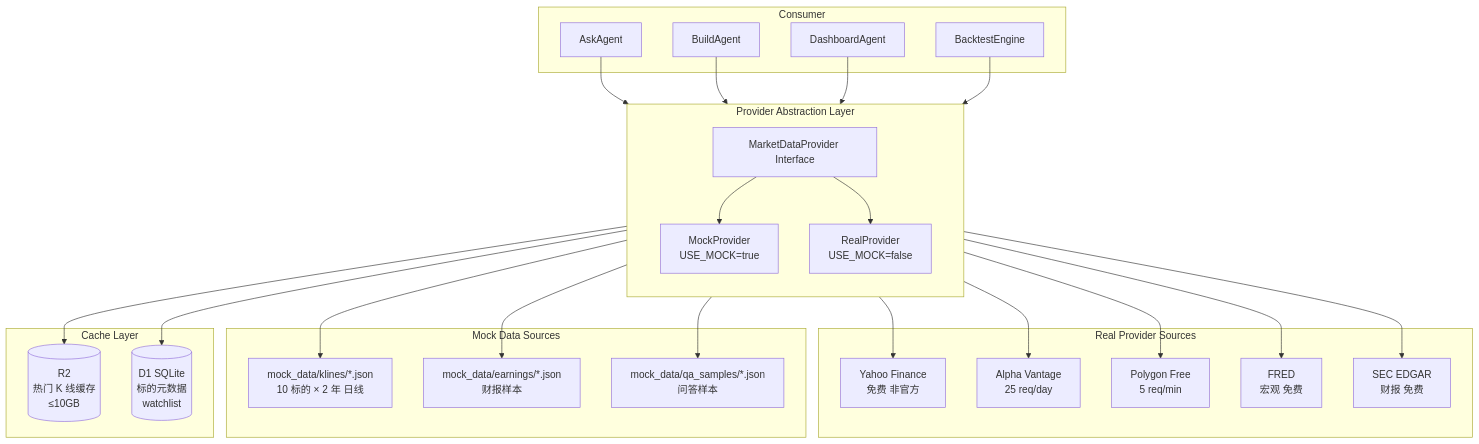
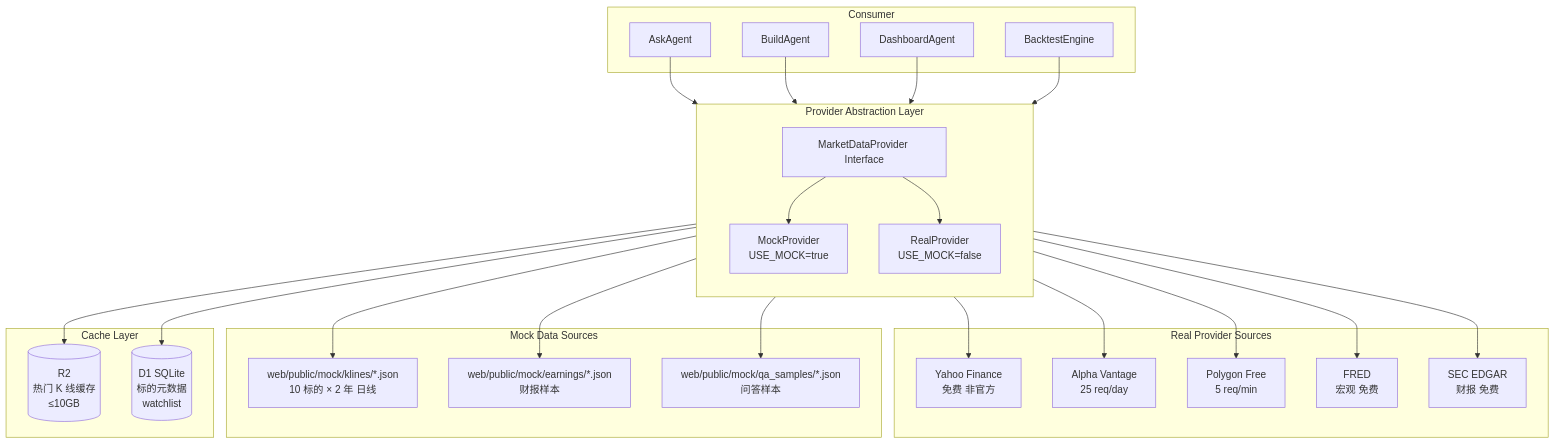
Before and after one commit to ZedeX/nova-invest: the diagram in docs/prd/epic/02_DataLayer.md, drawn with Mermaid. The commit also changed other lines of this file and 9 other files, not shown here.

First line of the commit message:
docs: fix 5 cross-epic conflicts identified by architecture-review

````diff
--- a/docs/prd/epic/02_DataLayer.md
+++ b/docs/prd/epic/02_DataLayer.md
@@ -49,40 +49,40 @@
 ```mermaid
 flowchart TB
     subgraph "Provider Abstraction Layer"
         direction TB
         P[MarketDataProvider Interface]
         P --> M[MockProvider<br/>USE_MOCK=true]
         P --> R[RealProvider<br/>USE_MOCK=false]
     end
 
     subgraph "Real Provider Sources"
         R --> Y[Yahoo Finance<br/>免费 非官方]
         R --> A[Alpha Vantage<br/>25 req/day]
         R --> PG[Polygon Free<br/>5 req/min]
         R --> F[FRED<br/>宏观 免费]
         R --> S[SEC EDGAR<br/>财报 免费]
     end
 
     subgraph "Mock Data Sources"
-        M --> MK[mock_data/klines/*.json<br/>10 标的 × 2 年 日线]
-        M --> ME[mock_data/earnings/*.json<br/>财报样本]
-        M --> MQ[mock_data/qa_samples/*.json<br/>问答样本]
+        M --> MK[web/public/mock/klines/*.json<br/>10 标的 × 2 年 日线]
+        M --> ME[web/public/mock/earnings/*.json<br/>财报样本]
+        M --> MQ[web/public/mock/qa_samples/*.json<br/>问答样本]
     end
 
     subgraph "Cache Layer"
         P --> R2[(R2<br/>热门 K 线缓存<br/>≤10GB)]
         P --> D1[(D1 SQLite<br/>标的元数据<br/>watchlist)]
     end
 
     subgraph "Consumer"
         AG[AskAgent]
         BG[BuildAgent]
         DG[DashboardAgent]
         BE[BacktestEngine]
     end
 
     AG --> P
     BG --> P
     DG --> P
     BE --> P
 ```
````
